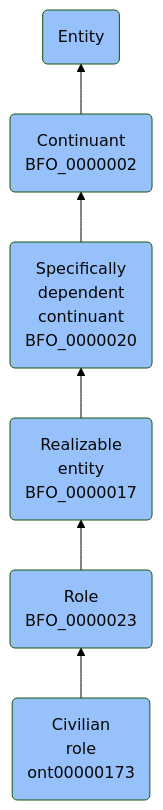
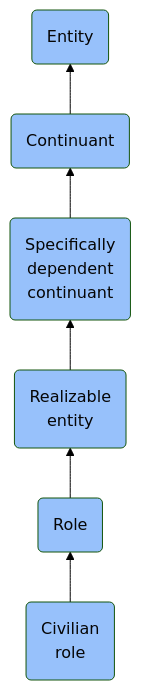
The diagram in docs/ontology/reference/model/Entity/Continuant/Specifically dependent continuant/Realizable entity/Role/Civilian role/Civilian role.md (jupyter-naas/abi), drawn with Mermaid (forest theme) before and after one commit. The commit also changed other lines of this file and 1430 other files, not shown here.

````diff
--- a/docs/ontology/reference/model/Entity/Continuant/Specifically dependent continuant/Realizable entity/Role/Civilian role/Civilian role.md
+++ b/docs/ontology/reference/model/Entity/Continuant/Specifically dependent continuant/Realizable entity/Role/Civilian role/Civilian role.md
@@ -24,13 +24,13 @@
 ```mermaid
 graph BT
-    ont00000173(Civilian<br>role<br>ont00000173):::BFO-->BFO_0000023
-    BFO_0000023(Role<br>BFO_0000023):::BFO-->BFO_0000017
-    BFO_0000017(Realizable<br>entity<br>BFO_0000017):::BFO-->BFO_0000020
-    BFO_0000020(Specifically<br>dependent<br>continuant<br>BFO_0000020):::BFO-->BFO_0000002
-    BFO_0000002(Continuant<br>BFO_0000002):::BFO-->BFO_0000001
+    ont00000173(Civilian<br>role):::BFO-->BFO_0000023
+    BFO_0000023(Role):::BFO-->BFO_0000017
+    BFO_0000017(Realizable<br>entity):::BFO-->BFO_0000020
+    BFO_0000020(Specifically<br>dependent<br>continuant):::BFO-->BFO_0000002
+    BFO_0000002(Continuant):::BFO-->BFO_0000001
     BFO_0000001(Entity):::BFO
     
     classDef BFO fill:#97c1fb,color:#060606
     classDef CCO fill:#e4c51e,color:#060606
     classDef ABI fill:#48DD82,color:#060606
 ```
````
